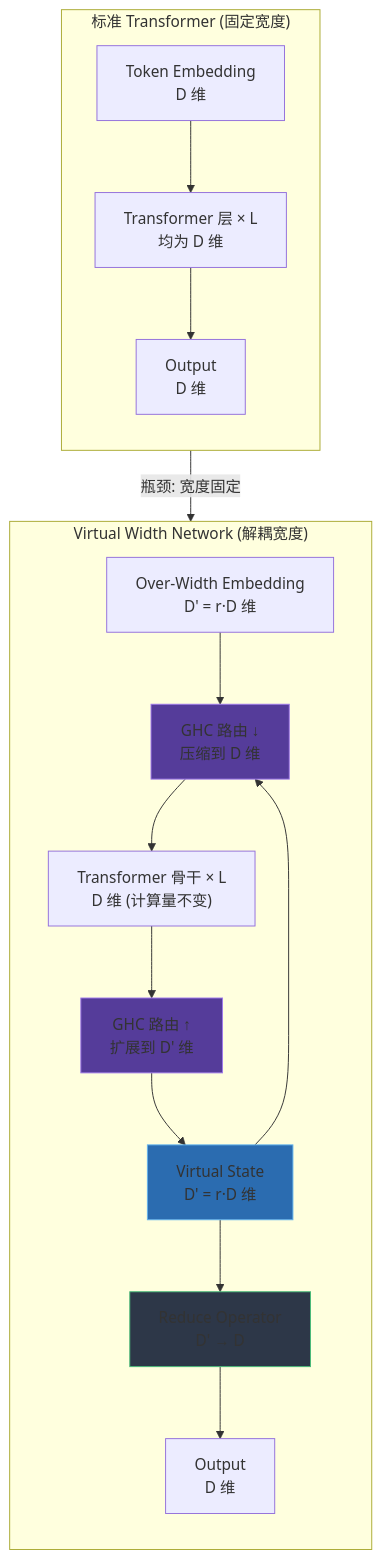
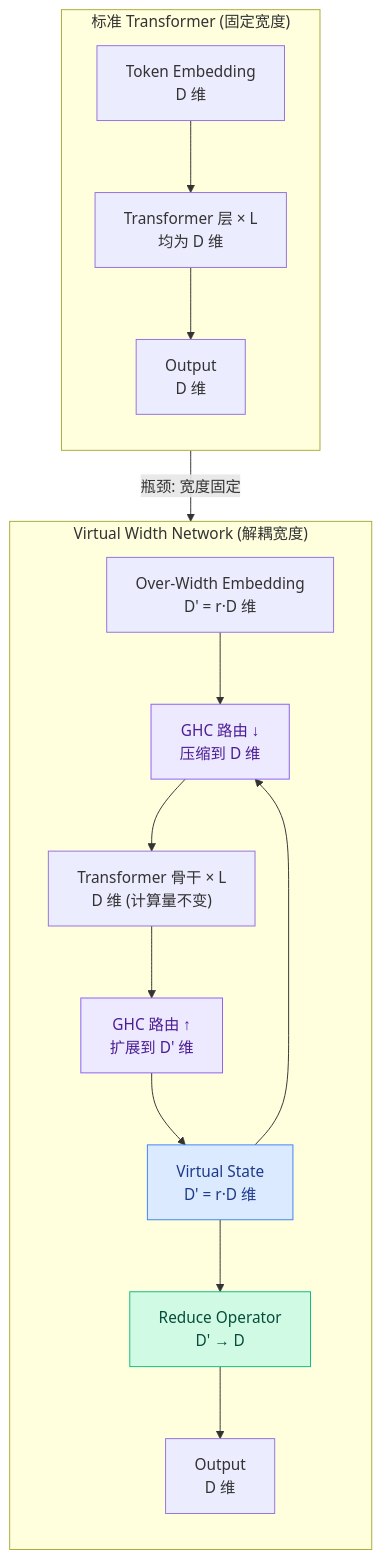
Before and after one commit to Pastens/Pastens.github.io: the diagram in content/Knowledge/论文分析/模型结构/Virtual Width Networks 深度技术分析.md, drawn with Mermaid. The commit also changed 5 other files, not shown here.

Commit message:
fix: mermaid color scheme - light bg + dark text for readability; add YOCO arch diagram

````diff
--- a/content/Knowledge/论文分析/模型结构/Virtual Width Networks 深度技术分析.md
+++ b/content/Knowledge/论文分析/模型结构/Virtual Width Networks 深度技术分析.md
@@ -72,26 +72,26 @@
 ```mermaid
 flowchart TB
     subgraph Standard["标准 Transformer (固定宽度)"]
         direction TB
         S1["Token Embedding<br/>D 维"] --> S2["Transformer 层 × L<br/>均为 D 维"] --> S3["Output<br/>D 维"]
     end
 
     subgraph VWN["Virtual Width Network (解耦宽度)"]
         direction TB
         V1["Over-Width Embedding<br/>D' = r·D 维"]
         V1 --> V2["GHC 路由 ↓<br/>压缩到 D 维"]
         V2 --> V3["Transformer 骨干 × L<br/>D 维 (计算量不变)"]
         V3 --> V4["GHC 路由 ↑<br/>扩展到 D' 维"]
         V4 --> V5["Virtual State<br/>D' = r·D 维"]
         V5 --> V2
         V5 --> V6["Reduce Operator<br/>D' → D"]
         V6 --> V7["Output<br/>D 维"]
     end
 
     Standard -->|"瓶颈: 宽度固定"| VWN
 
-    style V2 fill:#553c9a,stroke:#9f7aea
-    style V4 fill:#553c9a,stroke:#9f7aea
-    style V5 fill:#2b6cb0,stroke:#63b3ed
-    style V6 fill:#2d3748,stroke:#48bb78
+    style V2 fill:#ede9fe,stroke:#8b5cf6,color:#4c1d95
+    style V4 fill:#ede9fe,stroke:#8b5cf6,color:#4c1d95
+    style V5 fill:#dbeafe,stroke:#3b82f6,color:#1e3a8a
+    style V6 fill:#d1fae5,stroke:#10b981,color:#064e3b
 ```
````
